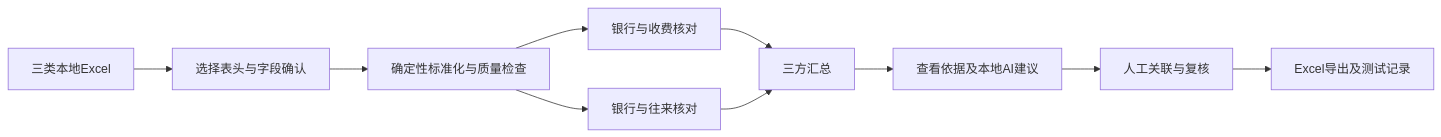
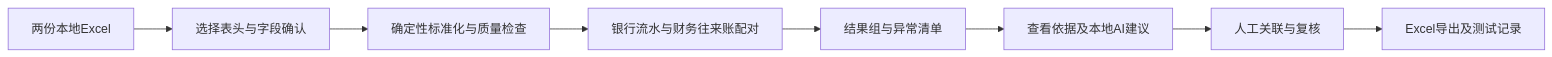
The diagram in docs/PRD.md (Yuzi1414/P14), drawn with Mermaid before and after one commit. The commit also changed other lines of this file and 24 other files, not shown here.

````diff
--- a/docs/PRD.md
+++ b/docs/PRD.md
@@ -20,12 +20,10 @@
 ```mermaid
 flowchart LR
-    A[三类本地Excel] --> B[选择表头与字段确认]
+    A[两份本地Excel] --> B[选择表头与字段确认]
     B --> C[确定性标准化与质量检查]
-    C --> D[银行与收费核对]
-    C --> E[银行与往来核对]
-    D --> F[三方汇总]
-    E --> F
-    F --> G[查看依据及本地AI建议]
-    G --> H[人工关联与复核]
-    H --> I[Excel导出及测试记录]
+    C --> D[银行流水与财务往来账配对]
+    D --> E[结果组与异常清单]
+    E --> F[查看依据及本地AI建议]
+    F --> G[人工关联与复核]
+    G --> H[Excel导出及测试记录]
 ```
````
